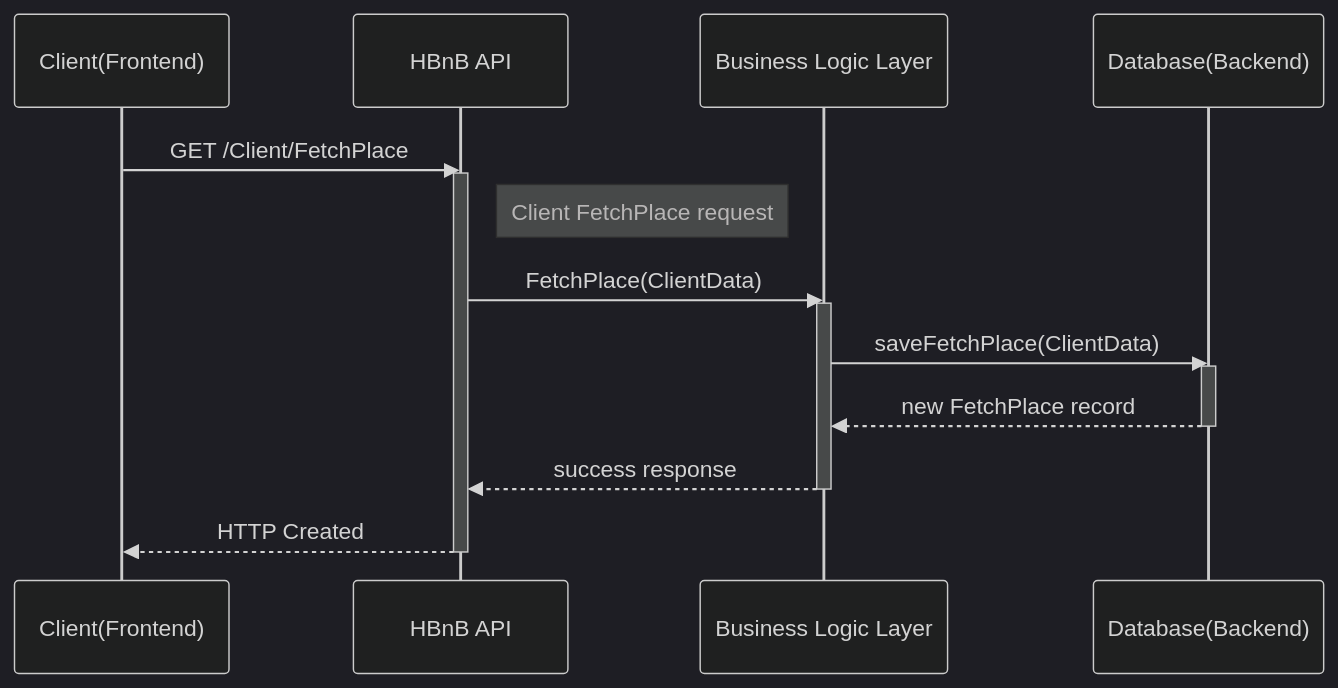
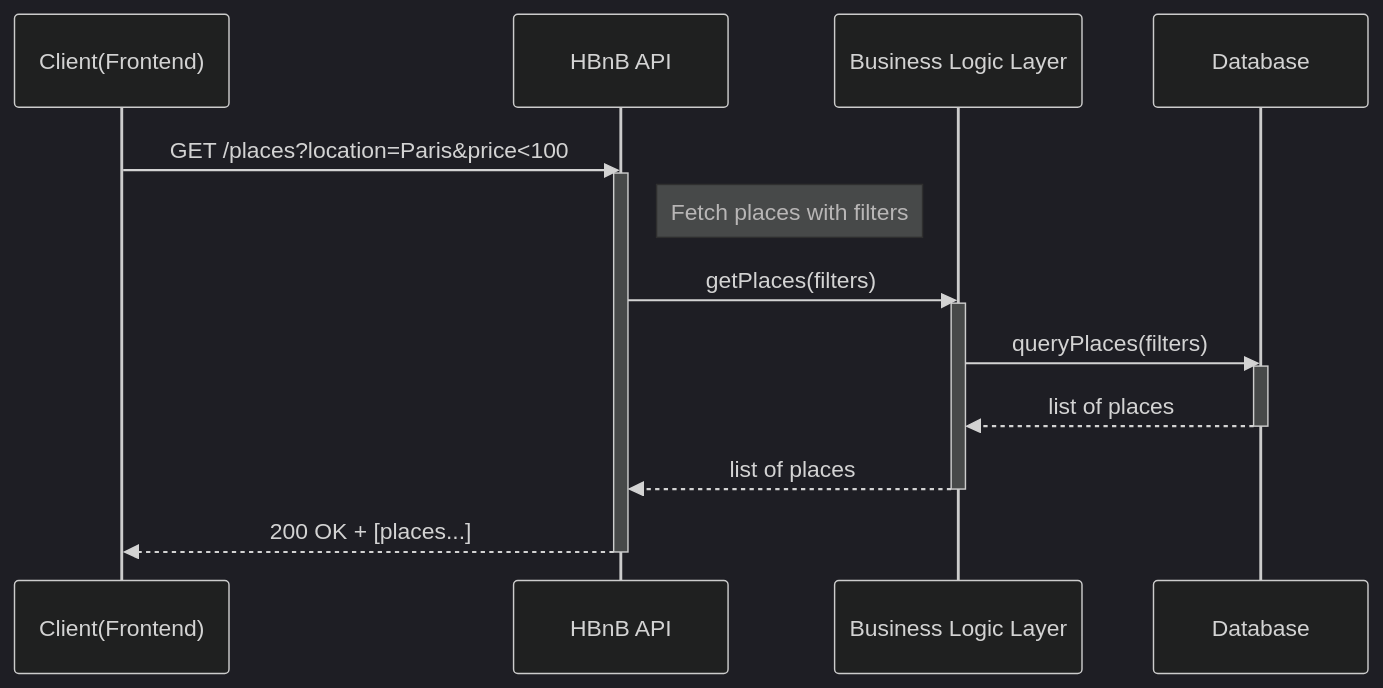
Before and after one commit to Mathieu7483/holbertonschool-hbnb: the fourth of 4 diagrams in part1/Sequence Diagrams for API Calls.md, drawn with Mermaid (dark theme). The commit also changed other lines of this file, not shown here.

Commit message:
Fix the return and the code for Fetching place

````diff
--- a/part1/Sequence Diagrams for API Calls.md
+++ b/part1/Sequence Diagrams for API Calls.md
@@ -95,26 +95,26 @@
 ```mermaid
 sequenceDiagram
     participant Client(Frontend)
     participant API as HBnB API
     participant BL as Business Logic Layer
-    participant Database(Backend)
+    participant DB as Database
 
-    Client(Frontend)->>API: GET /Client/FetchPlace
+    Client(Frontend)->>API: GET /places?location=Paris&price<100
     activate API
-    Note right of API: Client FetchPlace request
+    Note right of API: Fetch places with filters
 
-    API->>BL: FetchPlace(ClientData)
+    API->>BL: getPlaces(filters)
     activate BL
 
-    BL->>Database(Backend): saveFetchPlace(ClientData)
-    activate Database(Backend)
+    BL->>DB: queryPlaces(filters)
+    activate DB
 
-    Database(Backend)-->>BL: new FetchPlace record
-    deactivate Database(Backend)
+    DB-->>BL: list of places
+    deactivate DB
 
-    BL-->>API: success response
+    BL-->>API: list of places
     deactivate BL
 
-    API-->>Client(Frontend): HTTP Created
+    API-->>Client(Frontend): 200 OK + [places...]
     deactivate API
 ```
````
